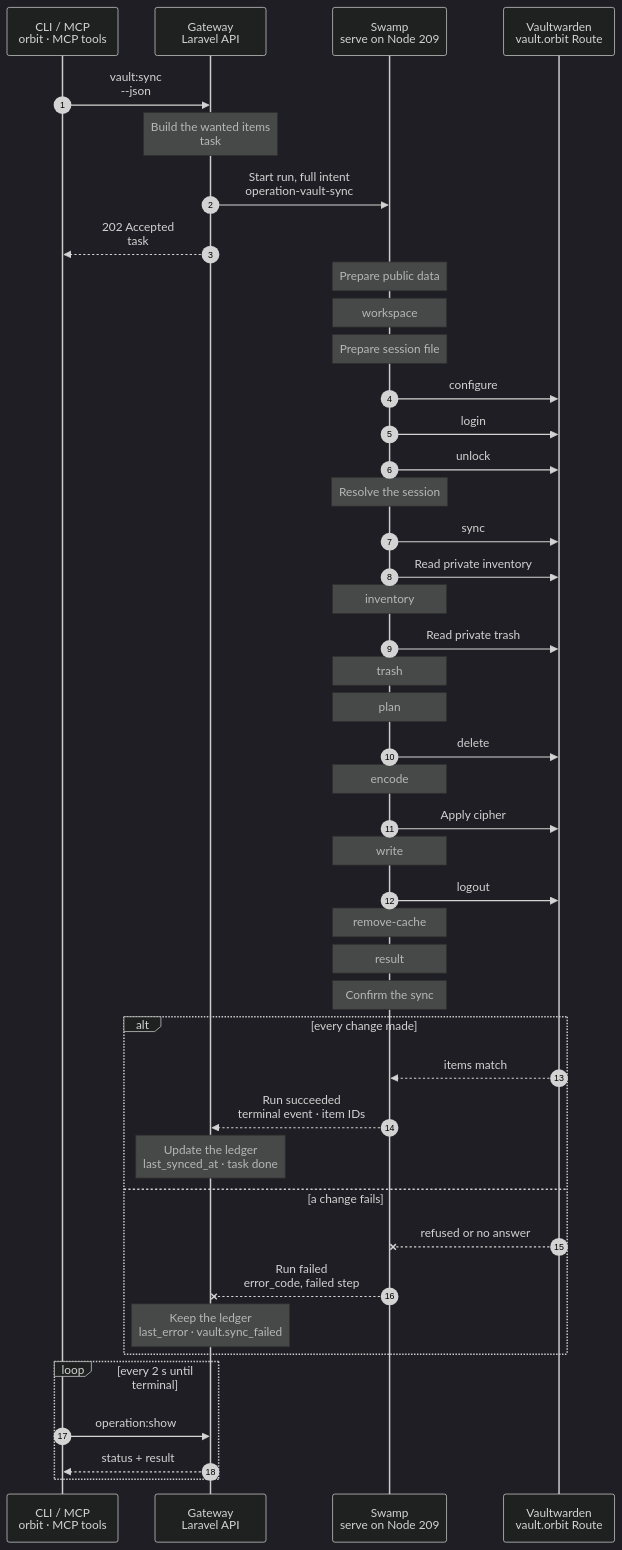
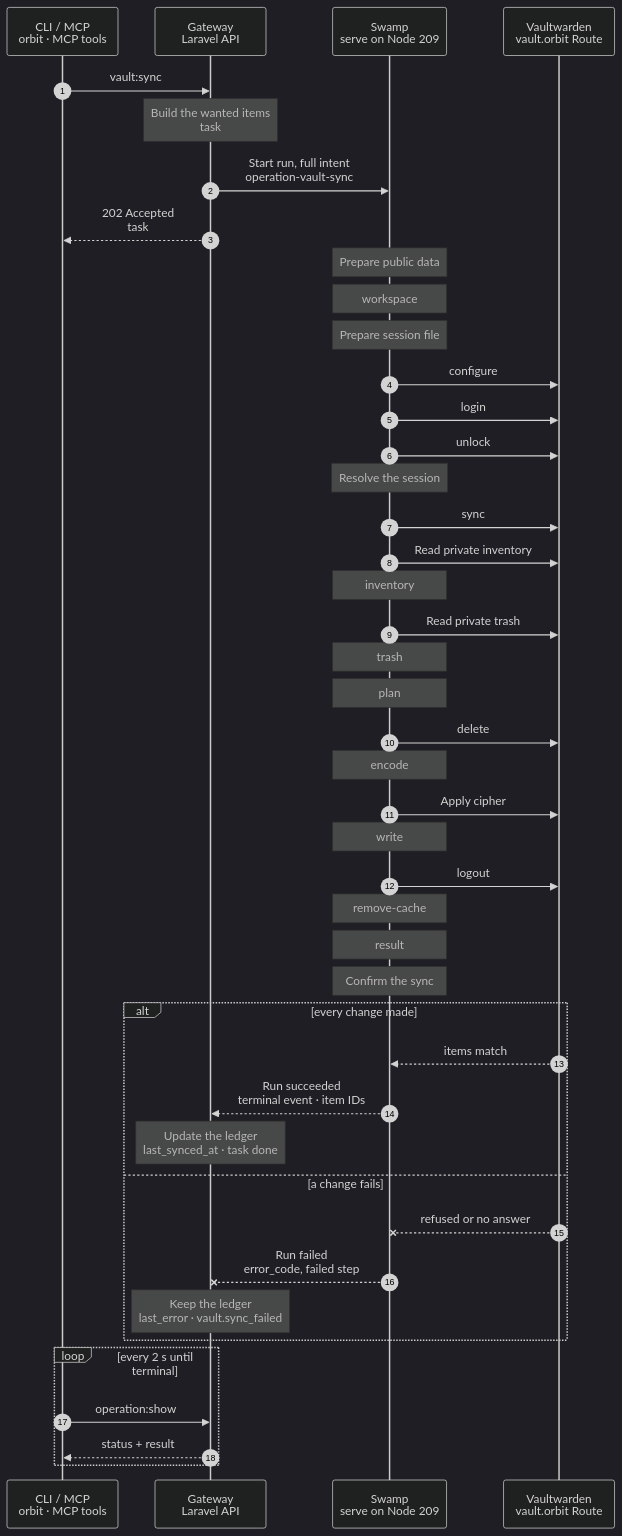
One commit to hardimpactdev/orbit changed the diagram in docs/cli/vault/sync.mmd. Above: the diagram before and after it, drawn with Mermaid (dark theme). The commit also changed 9 other files, not shown here.

Commit message:
docs(tool,vault,websocket): draw required parameters on the main path (flow rule 23)

```diff
--- a/docs/cli/vault/sync.mmd
+++ b/docs/cli/vault/sync.mmd
@@ -1,114 +1,114 @@
 sequenceDiagram
   %% Target design: ADR 0244 task, DECISIONS R2-R4, swamp-vault-design (Vaultwarden = human copy). docs/reference/vaultwarden.md#sync.
   %% Tightened: flow-tighten 2026-11-02, rule 22 (direct pinned CLI primitives, private environment and stdin; no shipped scripts).
   %% status: draft
   %% command: vault:sync
   %% kind: vault.sync
   autonumber
   %% lane CLI icon=terminal pill=caller tone=gray
   %% lane GW icon=gateway pill=intent tone=blue
   %% lane SW icon=workflow pill=executes tone=green
   %% lane VW icon=server pill=target tone=purple
   participant CLI as CLI / MCP<br/>orbit · MCP tools
   participant GW as Gateway<br/>Laravel API
   participant SW as Swamp<br/>serve on Node 209
   participant VW as Vaultwarden<br/>vault.orbit Route
-  CLI->>GW: vault:sync<br/>--json
+  CLI->>GW: vault:sync
   %%> Command:
   %%> - `orbit vault:sync`
   %%> - syntax: `[--idempotency-key=KEY] [--json]`
   %%> When:
   %%> - the Gateway admits the same sync itself when a database credential changes, and once an hour to repair drift
   %%> - run the command to see the result at once
   %%> Not included:
   %%> - no per-minute poll; nothing runs while nothing changed, except the hourly check
   Note over GW: Build the wanted items<br/>task #5168 · items to vault
   %%> Requirements:
   %%> - the `vault` extension is on and Vaultwarden is set up, else `vault.not_configured`
   %%> - no other setup, sync or teardown runs; a busy sync waits briefly, then returns `vault.sync_busy`
   %%> What it does:
   %%> - builds one Database item per MySQL and PostgreSQL connection and Database user with a stored password; others are listed as skipped
   %%> - pushes the wanted items and the account secrets to the Swamp vault as `vault-sync-5168` after commit (R3)
   %%> Result:
   %%> - task #5168 recorded with the publishing ledger as input
   GW->>SW: Start run, full intent<br/>operation-vault-sync
   %%> What it does:
   %%> - starts one Swamp run on serve (Node 209); no Node is a target
   %%> Inputs:
   %%> - the setup, the ledger of published item IDs and sources, and the vault key names; never a password
   GW-->>CLI: 202 Accepted<br/>task #5168
   %%> What you get:
   %%> - the task number, at once
   %%> Next:
   %%> - the CLI follows the task with `operation:show`, then prints `vault:status`
   %% Worker-side actions use the pinned official CLI directly. No scripts are shipped or copied.
   Note over SW: Prepare public data
   %%> What it does:
   %%> - compares the frozen public and private configuration, then stores credentials as native sensitive fields
   Note over SW: workspace
   Note over SW: Prepare session file
   SW->>VW: configure
   SW->>VW: login
   SW->>VW: unlock
   Note over SW: Resolve the session
   %%> What it does:
   %%> - shapes private CLI data; credentials stay in native vault storage and cipher stdin stays in the 0700 scratch directory
   SW->>VW: sync
   SW->>VW: Read private inventory
   Note over SW: inventory
   SW->>VW: Read private trash
   Note over SW: trash
   Note over SW: plan
   SW->>VW: delete
   %%> For each:
   %%> - one action per admitted cipher; native receipts preserve completed work on resume
   Note over SW: encode
   %%> What it does:
   %%> - shapes private CLI data; credentials stay in native vault storage and cipher stdin stays in the 0700 scratch directory
   %%> For each:
   %%> - one action per admitted cipher; native receipts preserve completed work on resume
   SW->>VW: Apply cipher
   %%> For each:
   %%> - one action per admitted cipher; native receipts preserve completed work on resume
   Note over SW: write
   %%> For each:
   %%> - one action per admitted cipher; native receipts preserve completed work on resume
   SW->>VW: logout
   Note over SW: remove-cache
   Note over SW: result
   Note over SW: Confirm the sync
   %% Each command step runs one pinned CLI command. Typed shapers expose only bounded public metadata.
   alt every change made
     VW-->>SW: items match
     %%> Returns:
     %%> - each item's ID and source
     SW-->>GW: Run succeeded<br/>terminal event · item IDs
     %%> How the Gateway learns it:
     %%> - its shared run reader sees the terminal event; Swamp never calls the Gateway
     Note over GW: Update the ledger<br/>last_synced_at · task done
     %%> Result:
     %%> - the publishing ledger records each item ID; `vault:status` shows the new `last_synced_at`
     %%> - task #5168 succeeds
   else a change fails
     VW--xSW: refused or no answer
     %%> When:
     %%> - login or unlock fails, Vaultwarden is down, or a create, edit or delete fails
     SW--xGW: Run failed<br/>error_code, failed step
     %%> The Gateway reads:
     %%> - which step failed and its safe error code
     Note over GW: Keep the ledger<br/>last_error · vault.sync_failed
     %%> Result:
     %%> - the ledger stays unchanged; `vault:status` shows `last_error`; task #5168 fails
     %%> In Vaultwarden:
     %%> - changes made before the failure stay
     %%> Retry:
     %%> - safe: the next sync reads the collection again and adopts items a lost reply created
   end
   loop every 2 s until terminal
     CLI->>GW: operation:show #5168
     %%> What it does:
     %%> - asks for the task's status every 2 seconds until it has ended
     GW-->>CLI: status + result
     %%> Returns:
     %%> - the current status, and the result once the task has ended
   end
```
